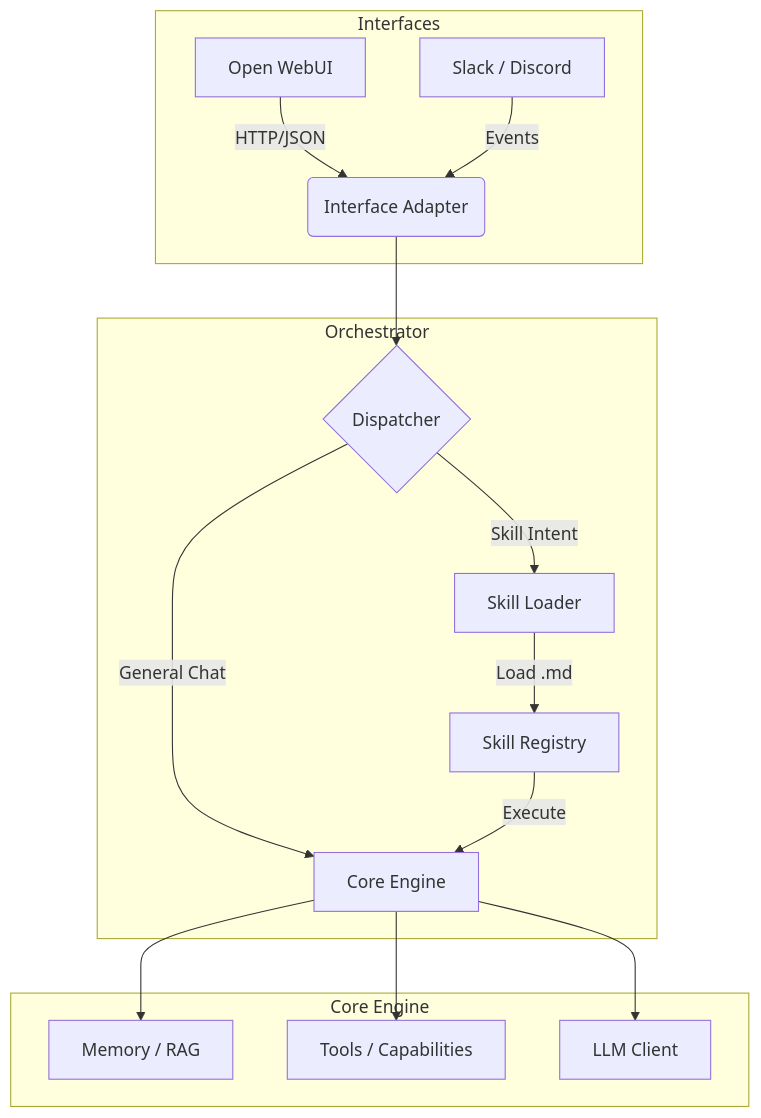
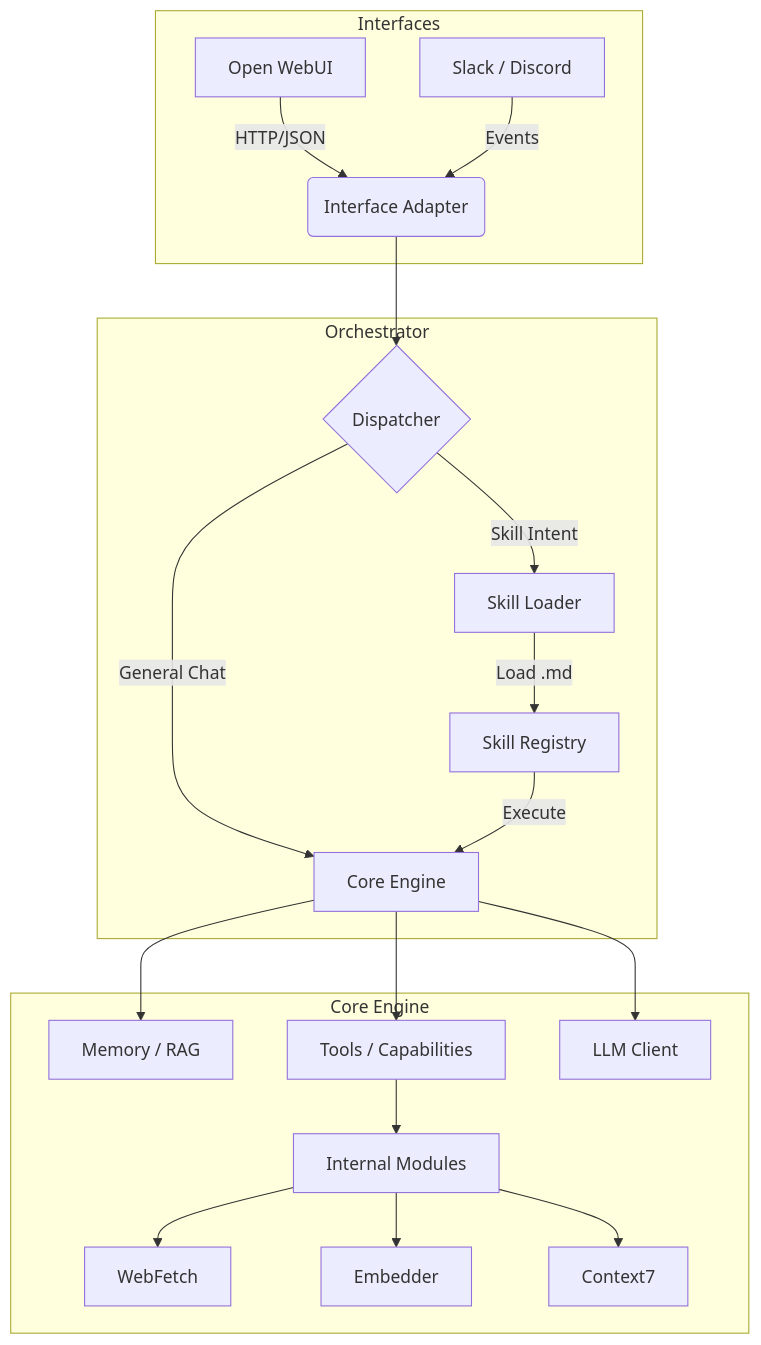
Before and after one commit to MagTer/ai-agent-platform: the diagram in docs/ARCHITECTURE.md, drawn with Mermaid. The commit also changed 9 other files, not shown here.

````diff
--- a/docs/ARCHITECTURE.md
+++ b/docs/ARCHITECTURE.md
@@ -5,21 +5,25 @@
 ```mermaid
 graph TD
     subgraph Interfaces
         A[Open WebUI] -->|HTTP/JSON| B(Interface Adapter)
         C[Slack / Discord] -->|Events| B
     end
 
     subgraph Orchestrator
         B --> D{Dispatcher}
         D -->|Skill Intent| E[Skill Loader]
         D -->|General Chat| F[Core Engine]
         E -->|Load .md| G[Skill Registry]
         G -->|Execute| F
     end
 
     subgraph Core Engine
         F --> H[Memory / RAG]
         F --> I[Tools / Capabilities]
         F --> J[LLM Client]
+        I --> K[Internal Modules]
+        K --> L[WebFetch]
+        K --> M[Embedder]
+        K --> N[Context7]
     end
 ```
````
